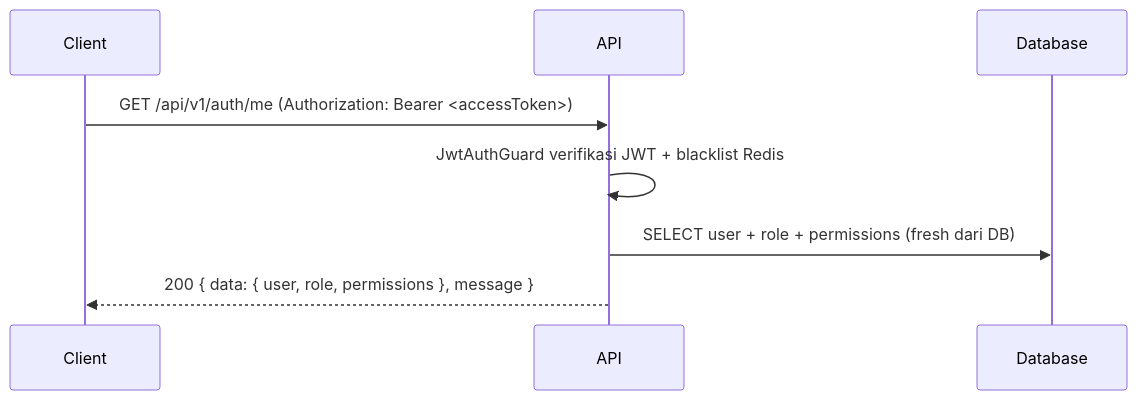
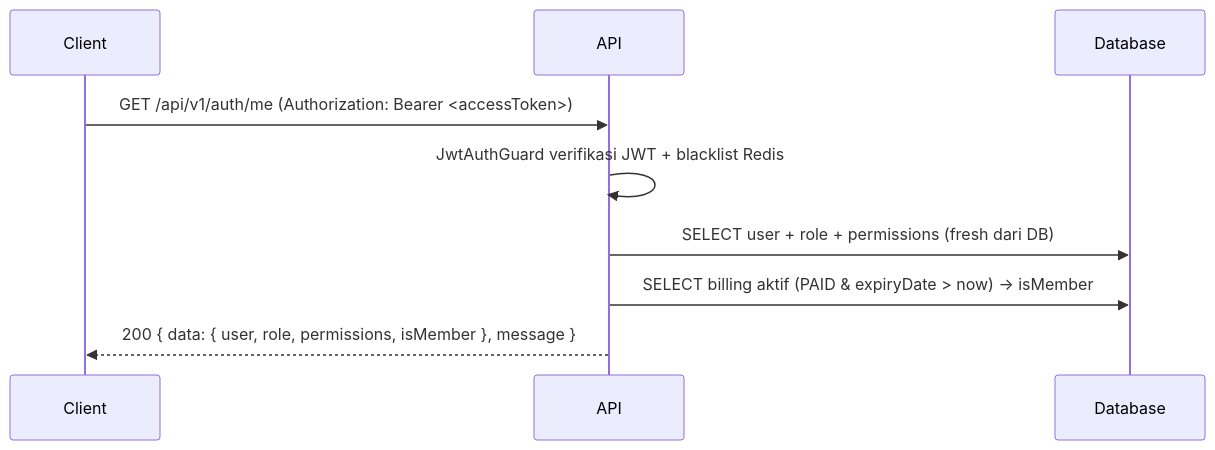
The fourth of 4 diagrams in backend/docs/modules/auth.md (gedeyoga/app-gamelan-europe), drawn with Mermaid before and after one commit. The commit also changed other lines of this file and 293 other files, not shown here.

````diff
--- a/backend/docs/modules/auth.md
+++ b/backend/docs/modules/auth.md
@@ -172,11 +172,12 @@
 ```mermaid
 sequenceDiagram
     participant C as Client
     participant API as API
     participant DB as Database
 
     C->>API: GET /api/v1/auth/me (Authorization: Bearer <accessToken>)
     API->>API: JwtAuthGuard verifikasi JWT + blacklist Redis
     API->>DB: SELECT user + role + permissions (fresh dari DB)
-    API-->>C: 200 { data: { user, role, permissions }, message }
+    API->>DB: SELECT billing aktif (PAID & expiryDate > now) → isMember
+    API-->>C: 200 { data: { user, role, permissions, isMember }, message }
 ```
````
